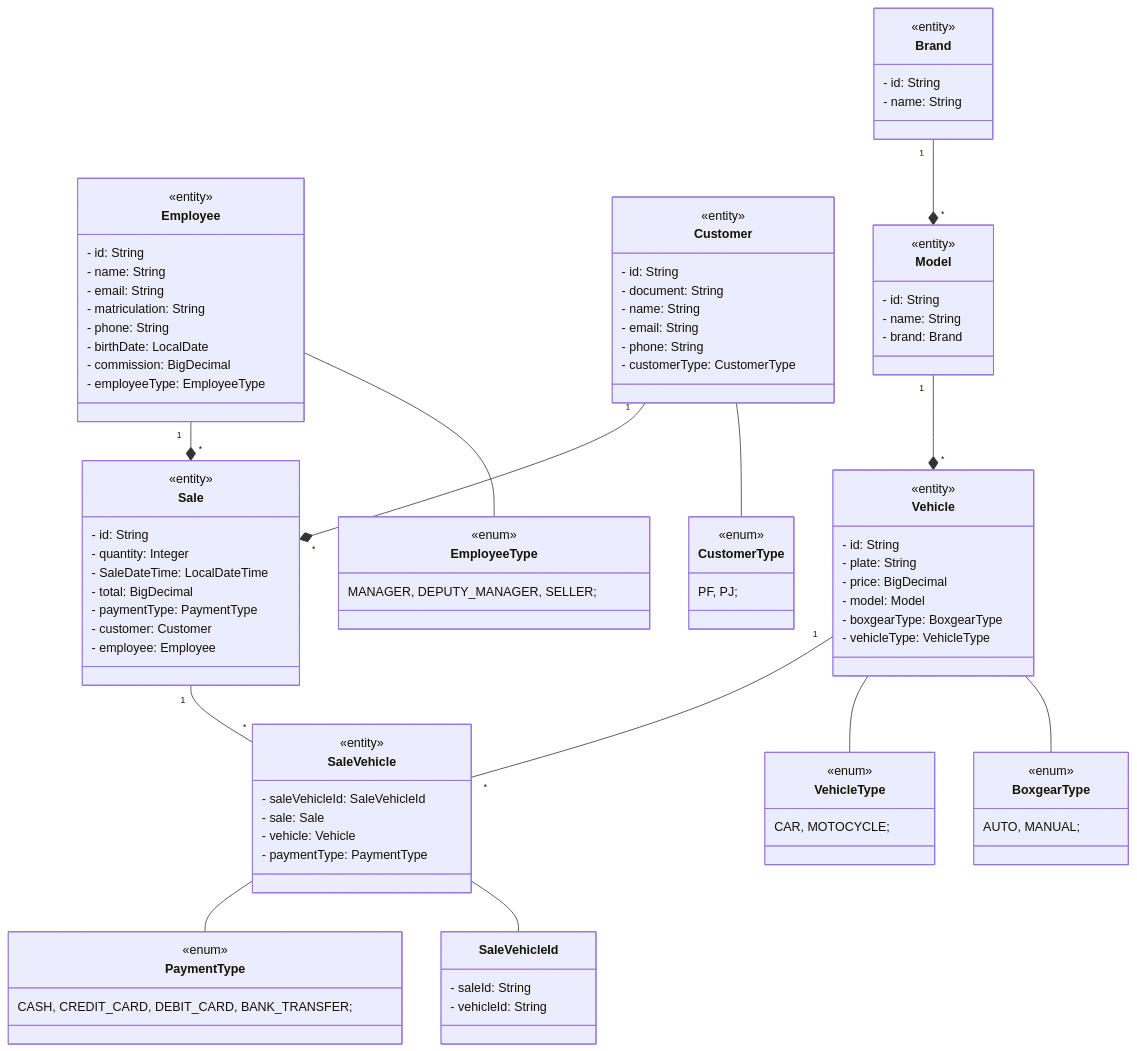
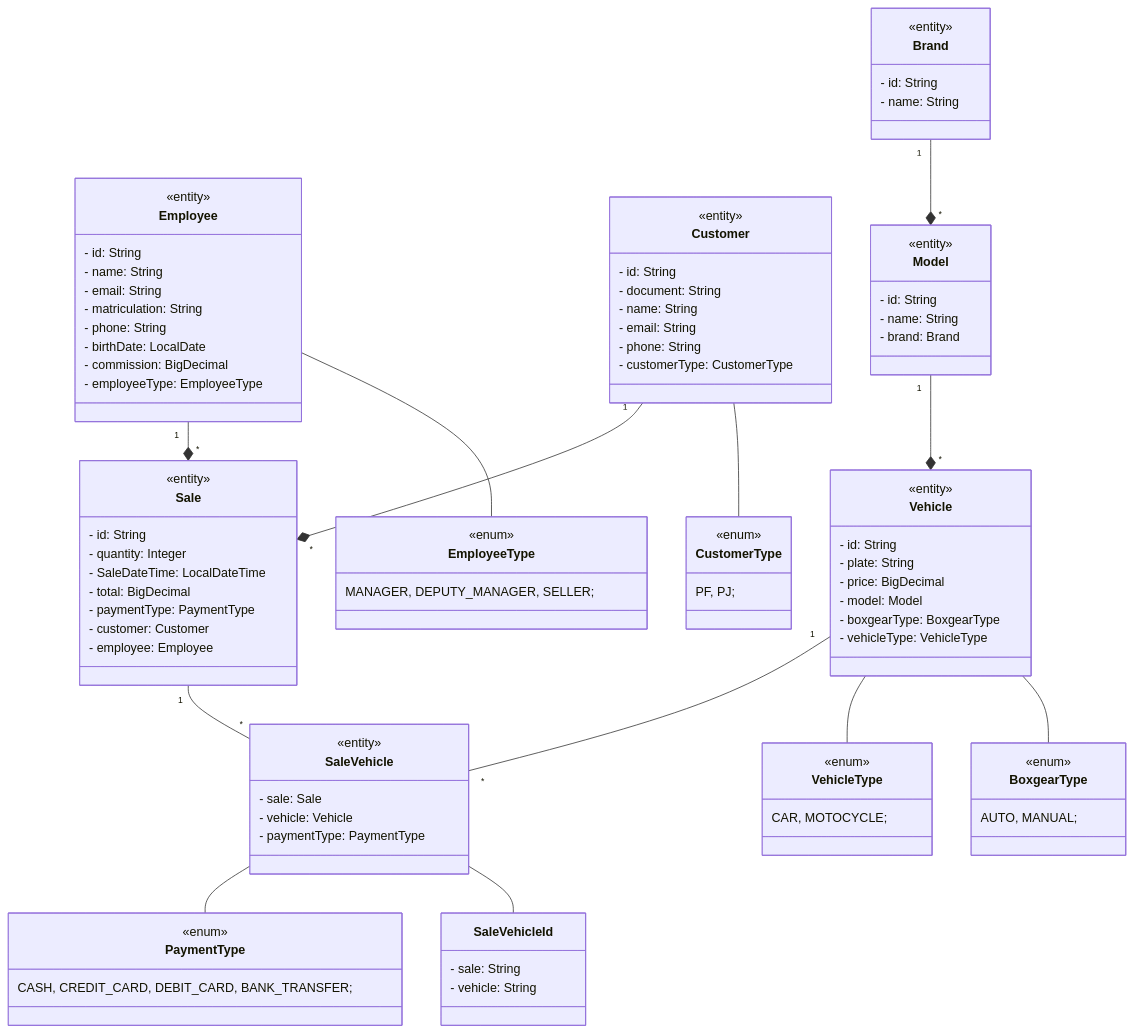
One commit to abnerjosefelixbarbosa/automendes changed the diagram in README.md. Above: the diagram before and after it, drawn with Mermaid.

```diff
--- a/README.md
+++ b/README.md
@@ -54,15 +54,14 @@
 
 class SaleVehicle {
     <<entity>>
-    - saleVehicleId: SaleVehicleId
     - sale: Sale
     - vehicle: Vehicle
     - paymentType: PaymentType 
 }
 
 class SaleVehicleId {
-    - saleId: String
-    - vehicleId: String
+    - sale: String
+    - vehicle: String
 }
 
 
```
